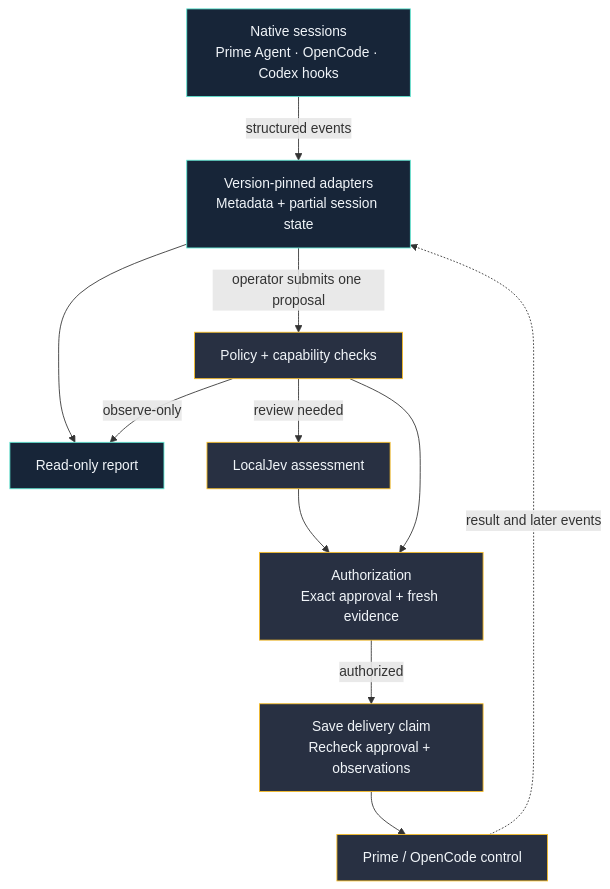
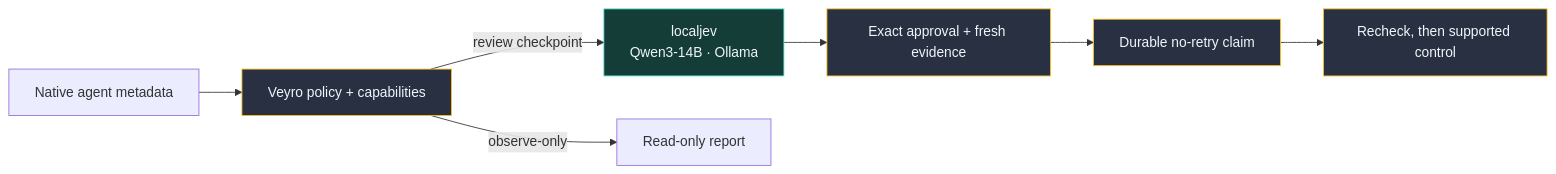
Before and after one commit to pkmdev-sec/veyro: the diagram in README.md, drawn with Mermaid. The commit also changed other lines of this file and 36 other files, not shown here.

Commit message:
Center public docs on localjev and Qwen3-14B

````diff
--- a/README.md
+++ b/README.md
@@ -40,18 +73,13 @@
 ```mermaid
-flowchart TB
-    A["Native sessions<br/>Prime Agent · OpenCode · Codex hooks"]
-    A -->|structured events| B["Version-pinned adapters<br/>Metadata + partial session state"]
-    B --> R["Read-only report"]
-    B -->|operator submits one proposal| P["Policy + capability checks"]
-    P -->|observe-only| R
-    P -->|review needed| J["LocalJev assessment"]
-    J --> G["Authorization<br/>Exact approval + fresh evidence"]
-    P --> G
-    G -->|authorized| L["Save delivery claim<br/>Recheck approval + observations"]
-    L --> C["Prime / OpenCode control"]
-    C -.->|result and later events| B
-    classDef native fill:#172538,stroke:#5eead4,color:#f1f5f9
-    classDef review fill:#283042,stroke:#fbbf24,color:#f1f5f9
-    class A,B,R native
-    class P,J,G,L,C review
+flowchart LR
+    A["Native agent metadata"] --> B["Veyro policy + capabilities"]
+    B -->|review checkpoint| J["localjev<br/>Qwen3-14B · Ollama"]
+    J --> G["Exact approval + fresh evidence"]
+    B -->|observe-only| R["Read-only report"]
+    G --> L["Durable no-retry claim"]
+    L --> C["Recheck, then supported control"]
+    classDef model fill:#143d38,stroke:#5eead4,color:#f1f5f9
+    classDef gate fill:#283042,stroke:#fbbf24,color:#f1f5f9
+    class J model
+    class B,G,L,C gate
 ```
````
